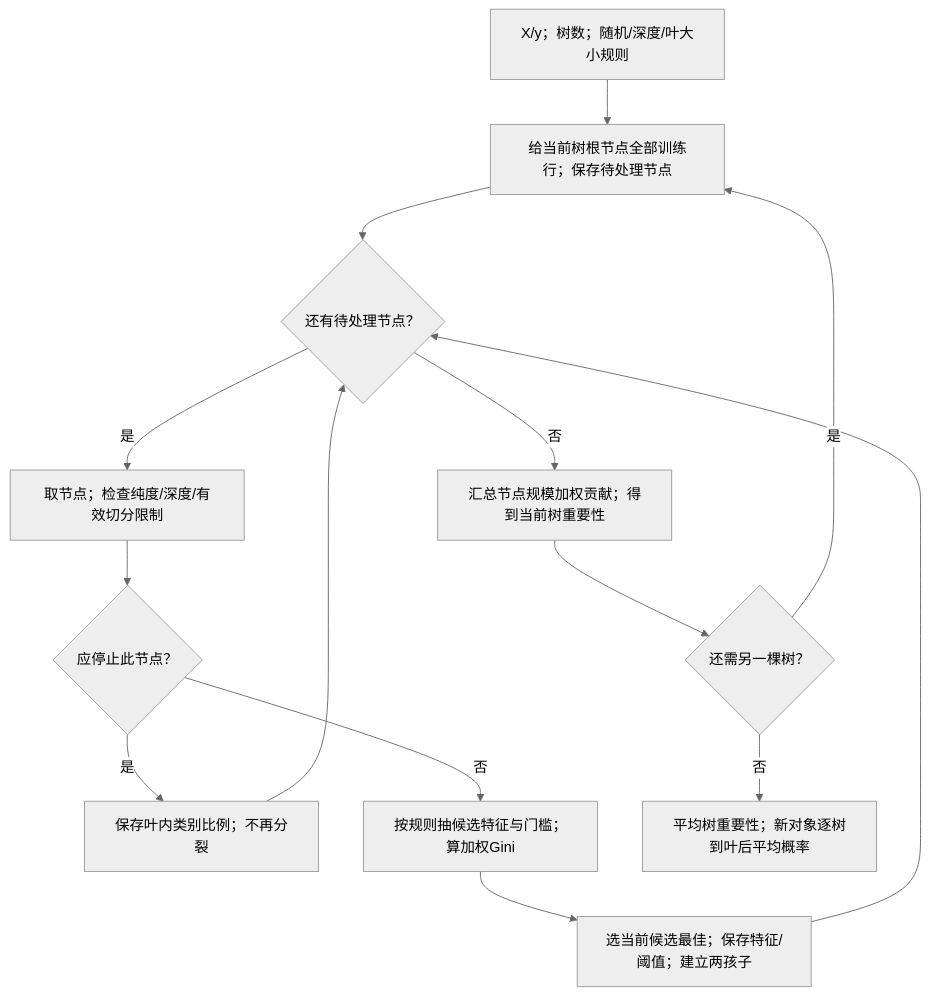
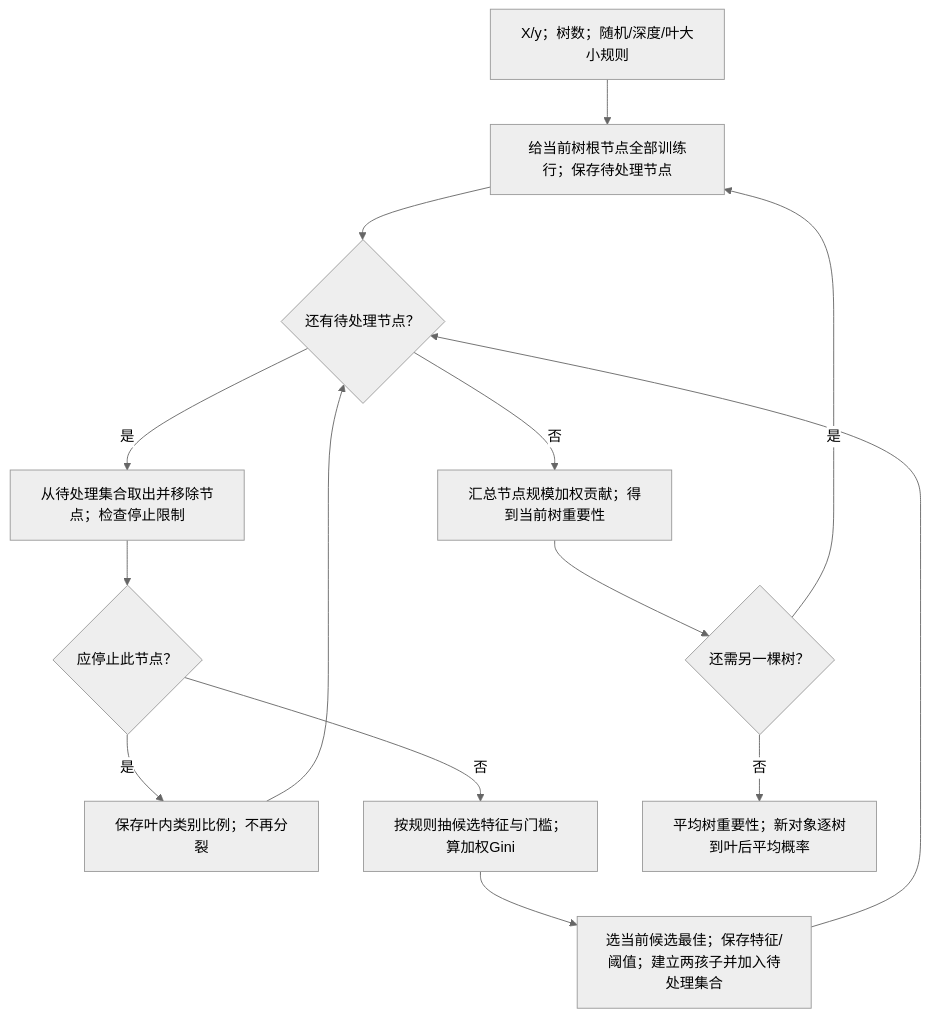
Before and after one commit to CercaTrovato/cityu-ai-course-notes: the second of 14 diagrams in IS6400_Business_Data_Analytics/notes/M04-特征工程-特征重要性与降维.md, drawn with Mermaid (neutral theme). The commit also changed other lines of this file and 189 other files, not shown here.

````diff
--- a/IS6400_Business_Data_Analytics/notes/M04-特征工程-特征重要性与降维.md
+++ b/IS6400_Business_Data_Analytics/notes/M04-特征工程-特征重要性与降维.md
@@ -1305,16 +1380,16 @@
 ```mermaid
 flowchart TD
     ET0[X/y；树数；随机/深度/叶大小规则] --> ET1[给当前树根节点全部训练行；保存待处理节点]
     ET1 --> ET2{还有待处理节点？}
-    ET2 -->|是| ET3[取节点；检查纯度/深度/有效切分限制]
+    ET2 -->|是| ET3[从待处理集合取出并移除节点；检查停止限制]
     ET3 --> ET4{应停止此节点？}
     ET4 -->|是| ET5[保存叶内类别比例；不再分裂]
     ET4 -->|否| ET6[按规则抽候选特征与门槛；算加权Gini]
-    ET6 --> ET7[选当前候选最佳；保存特征/阈值；建立两孩子]
+    ET6 --> ET7[选当前候选最佳；保存特征/阈值；建立两孩子并加入待处理集合]
     ET5 --> ET2
     ET7 --> ET2
     ET2 -->|否| ET8[汇总节点规模加权贡献；得到当前树重要性]
     ET8 --> ET9{还需另一棵树？}
     ET9 -->|是| ET1
     ET9 -->|否| ET10[平均树重要性；新对象逐树到叶后平均概率]
 ```
````
